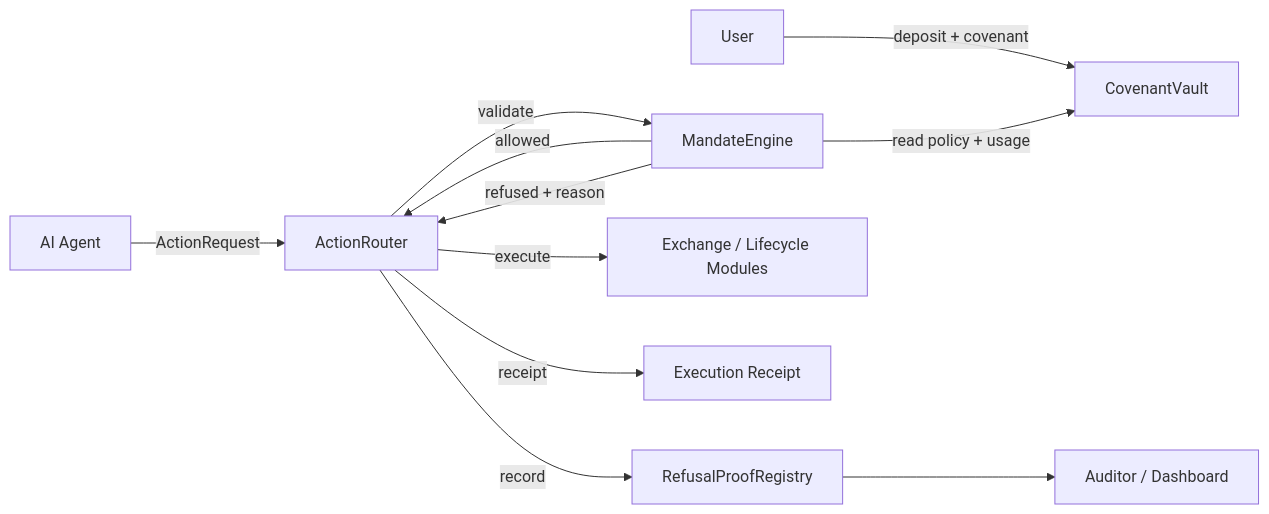
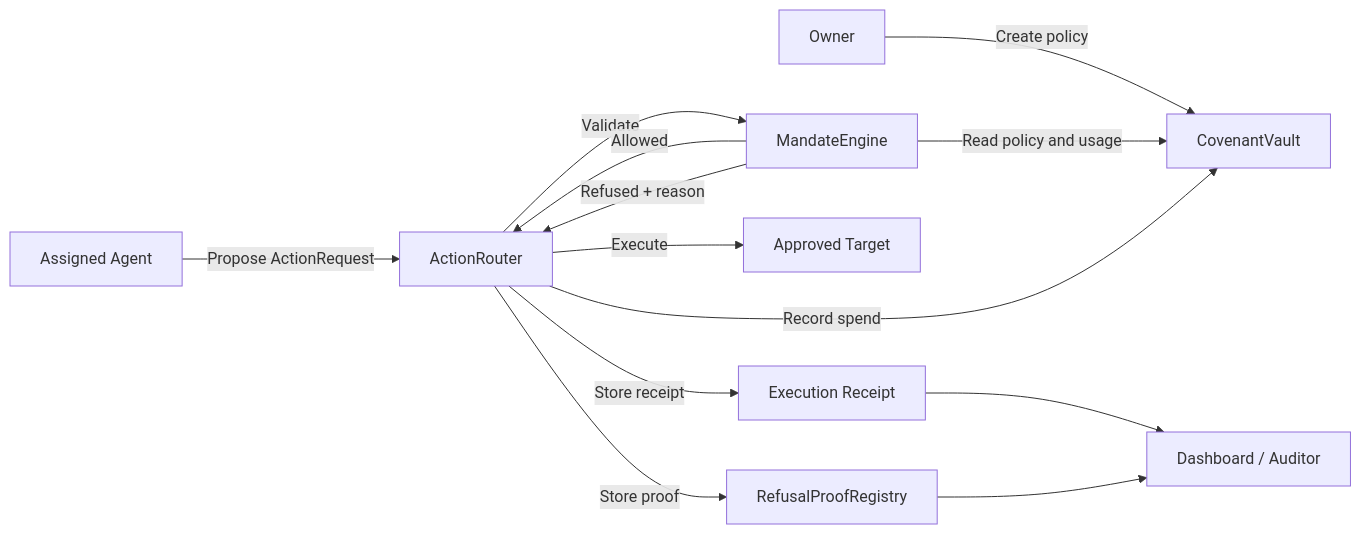
One commit to karagozemin/Covenant-Prime changed the diagram in README.md. Above: the diagram before and after it, drawn with Mermaid. The commit also changed other lines of this file and 7 other files, not shown here.

Commit message:
refactor architecture documentation to clarify system objectives, architectural principles, and contract boundaries; remove demo script and security documentation for streamlined focus

````diff
--- a/README.md
+++ b/README.md
@@ -51,13 +76,15 @@
 ```mermaid
 flowchart LR
-    U[User] -->|deposit + covenant| V[CovenantVault]
-    A[AI Agent] -->|ActionRequest| R[ActionRouter]
-    R -->|validate| M[MandateEngine]
-    M -->|read policy + usage| V
-    M -->|allowed| R
-    R -->|execute| X[Exchange / Lifecycle Modules]
-    R -->|receipt| E[Execution Receipt]
-    M -->|refused + reason| R
-    R -->|record| P[RefusalProofRegistry]
-    P --> O[Auditor / Dashboard]
+    Owner[Owner] -->|Create policy| Vault[CovenantVault]
+    Agent[Assigned Agent] -->|Propose ActionRequest| Router[ActionRouter]
+    Router -->|Validate| Engine[MandateEngine]
+    Engine -->|Read policy and usage| Vault
+    Engine -->|Allowed| Router
+    Router -->|Record spend| Vault
+    Router -->|Execute| Target[Approved Target]
+    Router -->|Store receipt| Receipt[Execution Receipt]
+    Engine -->|Refused + reason| Router
+    Router -->|Store proof| Registry[RefusalProofRegistry]
+    Receipt --> UI[Dashboard / Auditor]
+    Registry --> UI
 ```
````
